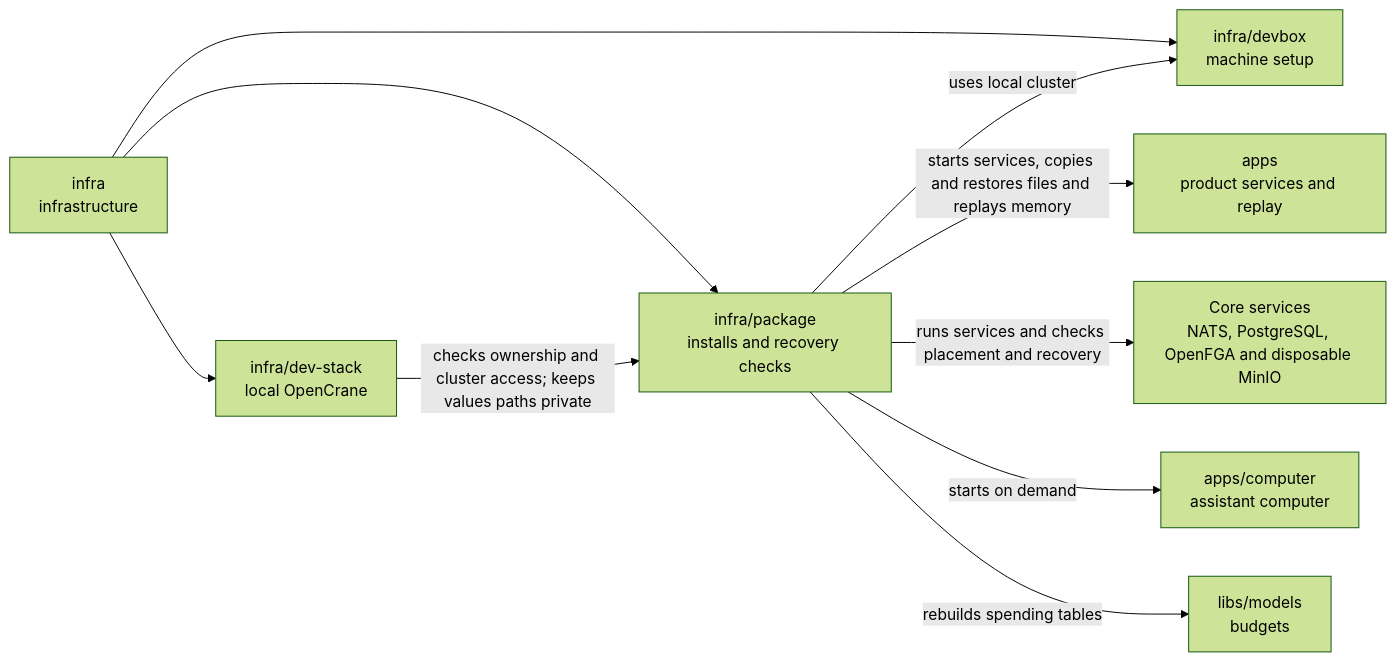
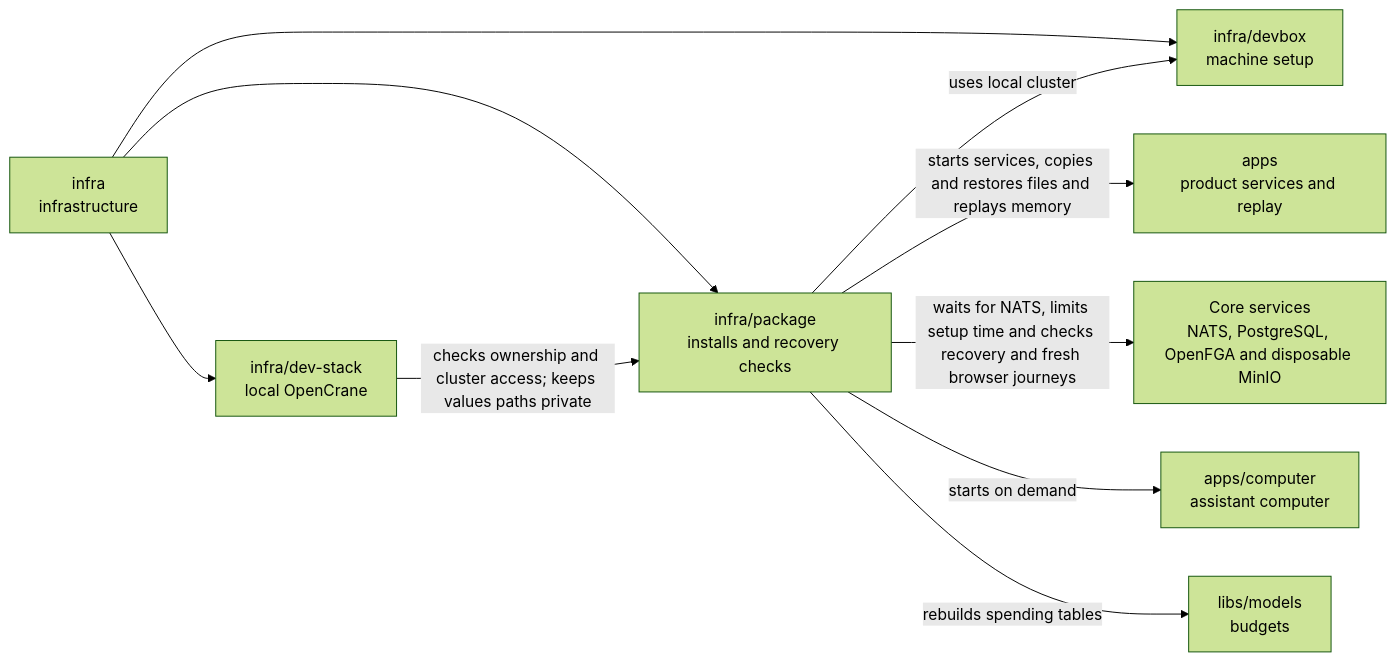
The diagram in infra/package/README.md (elewa-git/opencrane-new), drawn with Mermaid (forest theme) before and after one commit. The commit also changed other lines of this file and 12 other files, not shown here.

First line of the commit message:
🧪 R3 bootstrap waits for JetStream readiness, retries only placement refusals, and keeps every request within its deadline (#739)

````diff
--- a/infra/package/README.md
+++ b/infra/package/README.md
@@ -19,12 +19,12 @@
 ```mermaid
 flowchart LR
   infra["infra<br/>infrastructure"] --> package["infra/package<br/>installs and recovery checks"]
   infra --> stack["infra/dev-stack<br/>local OpenCrane"]
   infra --> devbox["infra/devbox<br/>machine setup"]
   stack -->|checks ownership and cluster access; keeps values paths private| package
   package -->|uses local cluster| devbox
   package -->|starts services, copies and restores files and replays memory| apps["apps<br/>product services and replay"]
-  package -->|runs services and checks placement and recovery| services["Core services<br/>NATS, PostgreSQL, OpenFGA and disposable MinIO"]
+  package -->|waits for NATS, limits setup time and checks recovery and fresh browser journeys| services["Core services<br/>NATS, PostgreSQL, OpenFGA and disposable MinIO"]
   package -->|starts on demand| computer["apps/computer<br/>assistant computer"]
   package -->|rebuilds spending tables| models["libs/models<br/>budgets"]
 ```
````
